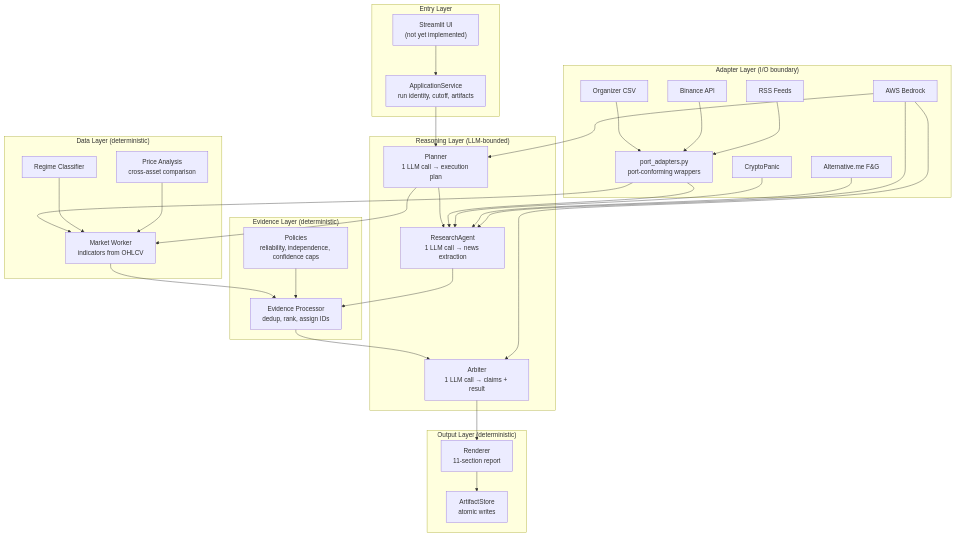
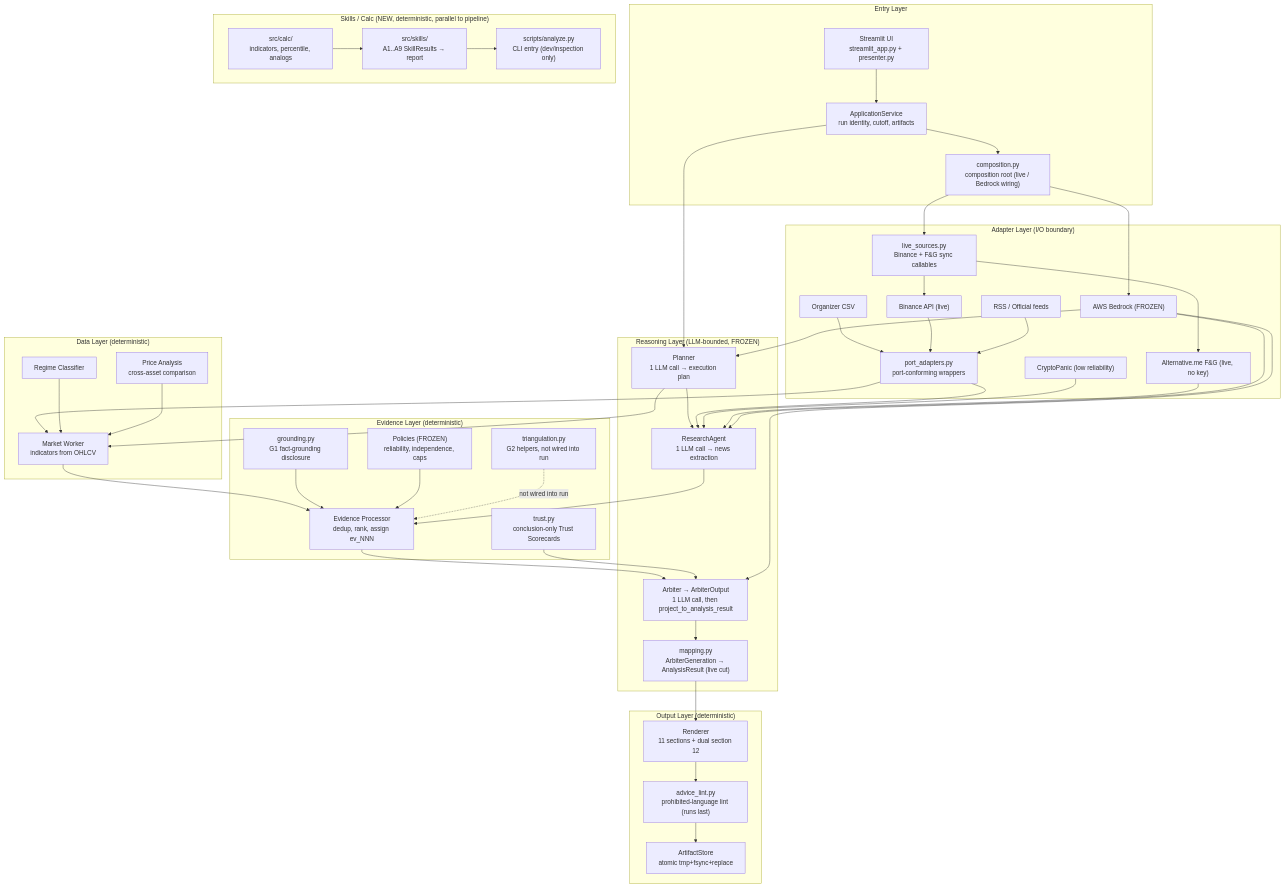
One commit to kevinzeroCode/hoya-bit-hackathon-agent changed the first of 6 diagrams in .agents/summary/architecture.md. Above: the diagram before and after it, drawn with Mermaid. The commit also changed other lines of this file and 15 other files, not shown here.

````diff
--- a/.agents/summary/architecture.md
+++ b/.agents/summary/architecture.md
@@ -7,14 +7,16 @@
 ```mermaid
 flowchart TB
     subgraph Entry["Entry Layer"]
-        UI["Streamlit UI<br/>(not yet implemented)"]
+        UI["Streamlit UI<br/>streamlit_app.py + presenter.py"]
         App["ApplicationService<br/>run identity, cutoff, artifacts"]
+        Comp["composition.py<br/>composition root (live / Bedrock wiring)"]
     end
 
-    subgraph Reasoning["Reasoning Layer (LLM-bounded)"]
+    subgraph Reasoning["Reasoning Layer (LLM-bounded, FROZEN)"]
         Planner["Planner<br/>1 LLM call → execution plan"]
         Research["ResearchAgent<br/>1 LLM call → news extraction"]
-        Arbiter["Arbiter<br/>1 LLM call → claims + result"]
+        Arbiter["Arbiter → ArbiterOutput<br/>1 LLM call, then project_to_analysis_result"]
+        Mapping["mapping.py<br/>ArbiterGeneration → AnalysisResult (live cut)"]
     end
 
     subgraph Data["Data Layer (deterministic)"]
@@ -24,36 +26,57 @@
     end
 
     subgraph Evidence["Evidence Layer (deterministic)"]
-        Proc["Evidence Processor<br/>dedup, rank, assign IDs"]
-        Policies["Policies<br/>reliability, independence, confidence caps"]
+        Proc["Evidence Processor<br/>dedup, rank, assign ev_NNN"]
+        Policies["Policies (FROZEN)<br/>reliability, independence, caps"]
+        Ground["grounding.py<br/>G1 fact-grounding disclosure"]
+        Trust["trust.py<br/>conclusion-only Trust Scorecards"]
+        Triang["triangulation.py<br/>G2 helpers, not wired into run"]
     end
 
     subgraph Adapters["Adapter Layer (I/O boundary)"]
         CSV["Organizer CSV"]
-        Binance["Binance API"]
-        CP["CryptoPanic"]
-        RSS["RSS Feeds"]
-        FG["Alternative.me F&G"]
-        Bedrock["AWS Bedrock"]
+        Binance["Binance API (live)"]
+        FG["Alternative.me F&G (live, no key)"]
+        CP["CryptoPanic (low reliability)"]
+        RSS["RSS / Official feeds"]
+        Bedrock["AWS Bedrock (FROZEN)"]
+        Live["live_sources.py<br/>Binance + F&G sync callables"]
         PortAdapters["port_adapters.py<br/>port-conforming wrappers"]
     end
 
+    subgraph SkillsPkg["Skills / Calc (NEW, deterministic, parallel to pipeline)"]
+        Skills["src/skills/<br/>A1..A9 SkillResults → report"]
+        Calc["src/calc/<br/>indicators, percentile, analogs"]
+        Analyze["scripts/analyze.py<br/>CLI entry (dev/inspection only)"]
+    end
+
     subgraph Output["Output Layer (deterministic)"]
-        Renderer["Renderer<br/>11-section report"]
-        Artifacts["ArtifactStore<br/>atomic writes"]
+        Renderer["Renderer<br/>11 sections + dual section 12"]
+        Lint["advice_lint.py<br/>prohibited-language lint (runs last)"]
+        Artifacts["ArtifactStore<br/>atomic tmp+fsync+replace"]
     end
 
     UI --> App
+    App --> Comp
+    Comp --> Bedrock
+    Comp --> Live
     App --> Planner
     Planner --> MW
     Planner --> Research
     MW --> Proc
     Research --> Proc
     Proc --> Arbiter
-    Arbiter --> Renderer
-    Renderer --> Artifacts
+    Arbiter --> Mapping
+    Mapping --> Renderer
+    Renderer --> Lint
+    Lint --> Artifacts
+    Ground --> Proc
+    Trust --> Arbiter
+    Policies --> Proc
 
     CSV --> PortAdapters
+    Live --> Binance
+    Live --> FG
     Binance --> PortAdapters
     RSS --> PortAdapters
     PortAdapters --> MW
@@ -66,5 +89,7 @@
 
     Regime --> MW
     PriceAn --> MW
-    Policies --> Proc
+    Calc --> Skills
+    Skills --> Analyze
+    Triang -. "not wired into run" .-> Proc
 ```
````
